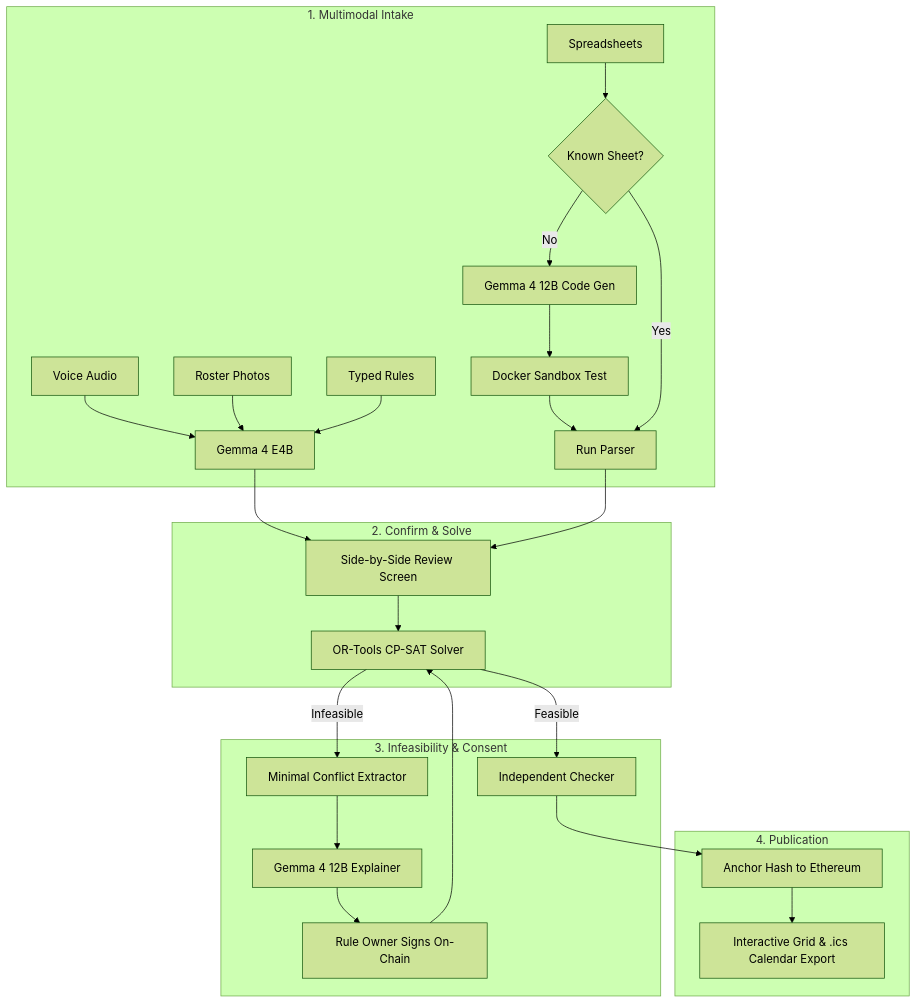
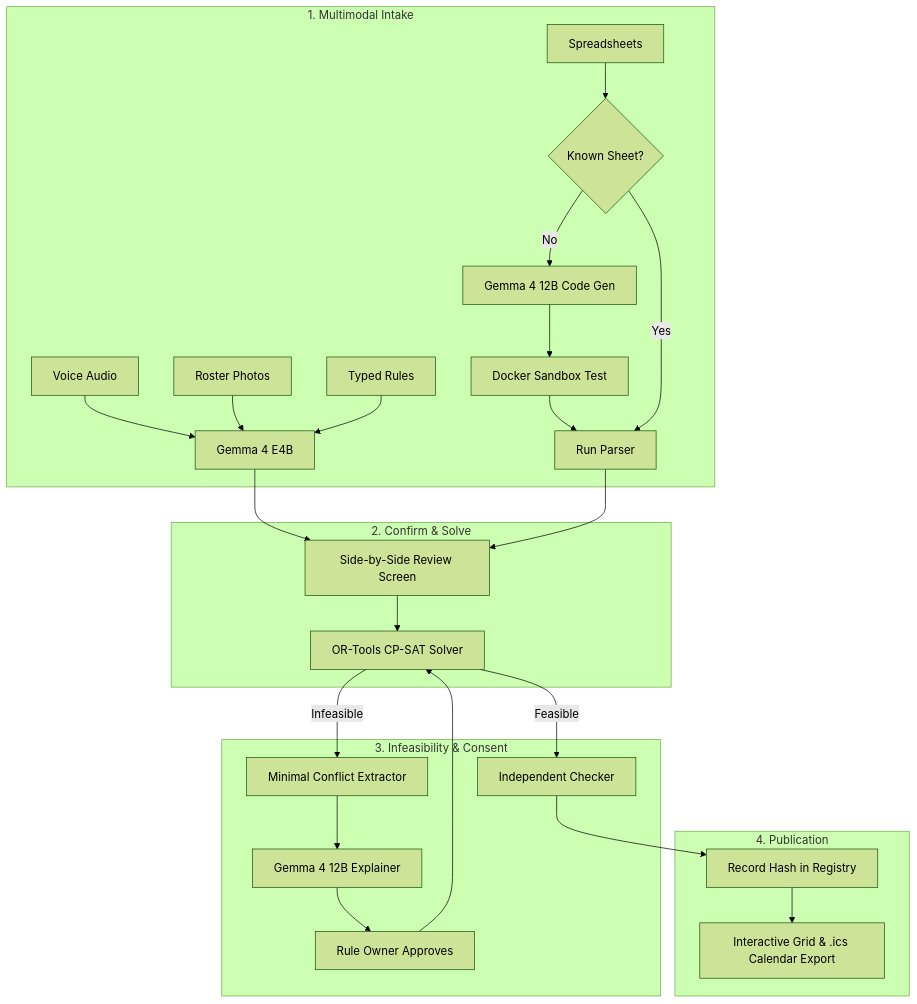
One commit to ANUJ760/PhishTank changed the third of 5 diagrams in README.md. Above: the diagram before and after it, drawn with Mermaid (forest theme). The commit also changed other lines of this file and 28 other files, not shown here.

````diff
--- a/README.md
+++ b/README.md
@@ -176,32 +176,32 @@
 ```mermaid
 flowchart TD
     subgraph INTAKE["1. Multimodal Intake"]
         V["Voice Audio"] --> G4["Gemma 4 E4B"]
         P["Roster Photos"] --> G4
         T["Typed Rules"] --> G4
         S["Spreadsheets"] --> CHK{"Known Sheet?"}
         CHK -- No --> GEN["Gemma 4 12B Code Gen"]
         GEN --> BOX["Docker Sandbox Test"]
         BOX --> RUN["Run Parser"]
         CHK -- Yes --> RUN
     end
 
     subgraph VERIFY["2. Confirm & Solve"]
         G4 --> UI["Side-by-Side Review Screen"]
         RUN --> UI
         UI --> SOLVE["OR-Tools CP-SAT Solver"]
     end
 
     subgraph CONFLICT["3. Infeasibility & Consent"]
         SOLVE -- Feasible --> CHECK["Independent Checker"]
         SOLVE -- Infeasible --> MUS["Minimal Conflict Extractor"]
         MUS --> EXP["Gemma 4 12B Explainer"]
-        EXP --> SIGN["Rule Owner Signs On-Chain"]
+        EXP --> SIGN["Rule Owner Approves"]
         SIGN --> SOLVE
     end
 
     subgraph PUBLISH["4. Publication"]
-        CHECK --> ETH["Anchor Hash to Ethereum"]
-        ETH --> OUT["Interactive Grid & .ics Calendar Export"]
+        CHECK --> REG["Record Hash in Registry"]
+        REG --> OUT["Interactive Grid & .ics Calendar Export"]
     end
 ```
````
